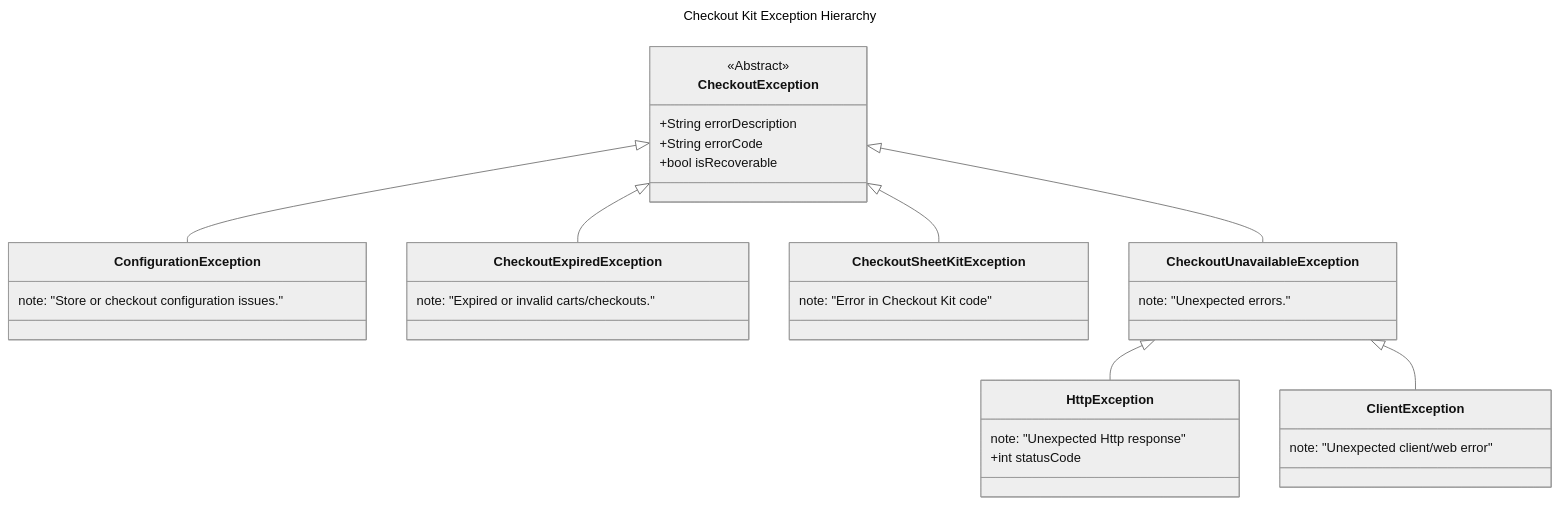
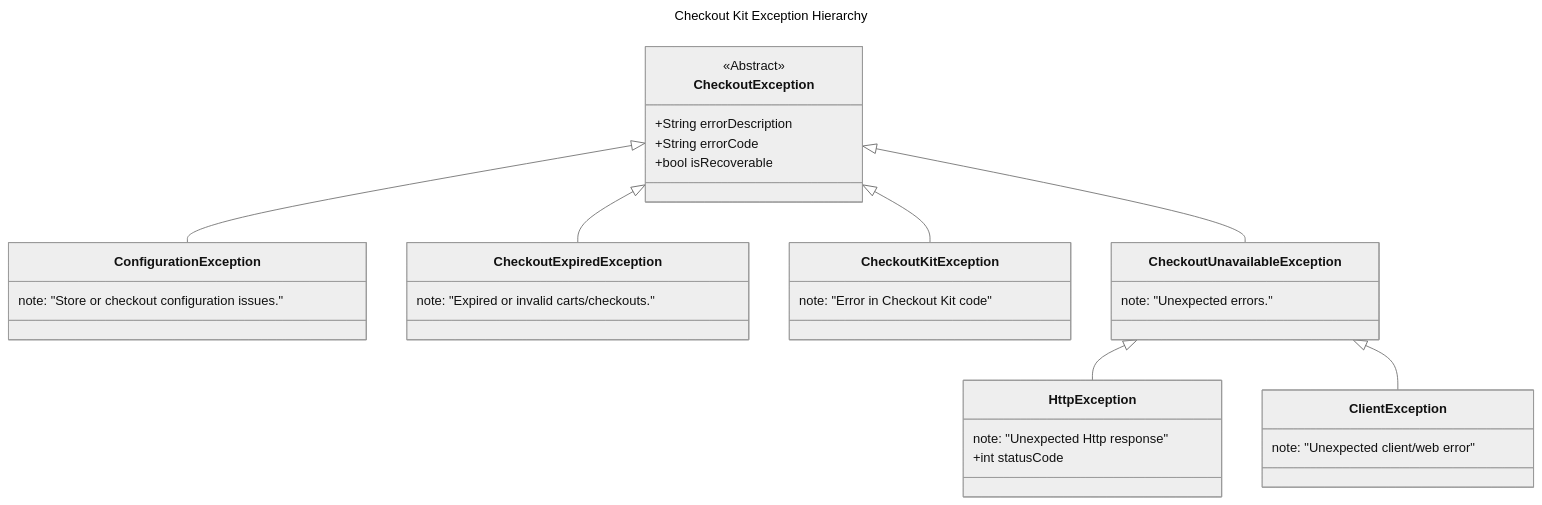
Before and after one commit to Shopify/checkout-kit: the diagram in android/README.md, drawn with Mermaid (neutral theme). The commit also changed other lines of this file and 269 other files, not shown here.

Commit message:
Rename occurrences of CSK to Checkout Kit

````diff
--- a/android/README.md
+++ b/android/README.md
@@ -460,37 +460,37 @@
 ```mermaid
 ---
 title: Checkout Kit Exception Hierarchy
 ---
 classDiagram
     CheckoutException <|-- ConfigurationException
     CheckoutException <|-- CheckoutExpiredException
-    CheckoutException <|-- CheckoutSheetKitException
+    CheckoutException <|-- CheckoutKitException
     CheckoutException <|-- CheckoutUnavailableException
     CheckoutUnavailableException <|-- HttpException
     CheckoutUnavailableException <|-- ClientException
 
     <<Abstract>> CheckoutException
     CheckoutException : +String errorDescription
     CheckoutException : +String errorCode
     CheckoutException : +bool isRecoverable
 
     class ConfigurationException{
         note: "Store or checkout configuration issues."
     }
     class CheckoutExpiredException{
         note: "Expired or invalid carts/checkouts."
     }
     class CheckoutUnavailableException{
         note: "Unexpected errors."
     }
     class HttpException{
         note: "Unexpected Http response"
         +int statusCode
     }
     class ClientException{
         note: "Unexpected client/web error"
     }
-    class CheckoutSheetKitException{
+    class CheckoutKitException{
         note: "Error in Checkout Kit code"
     }
 ```
````
